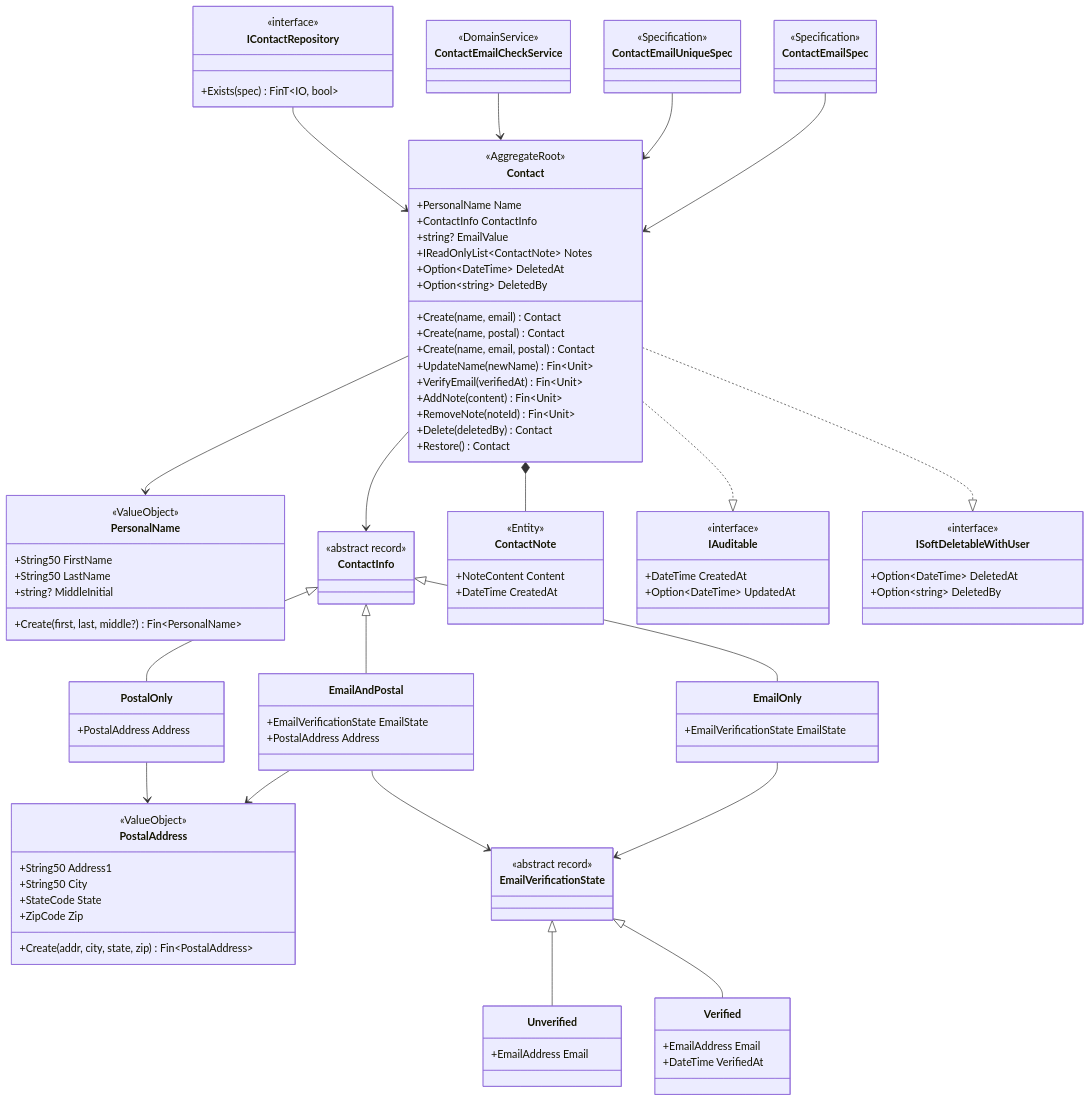
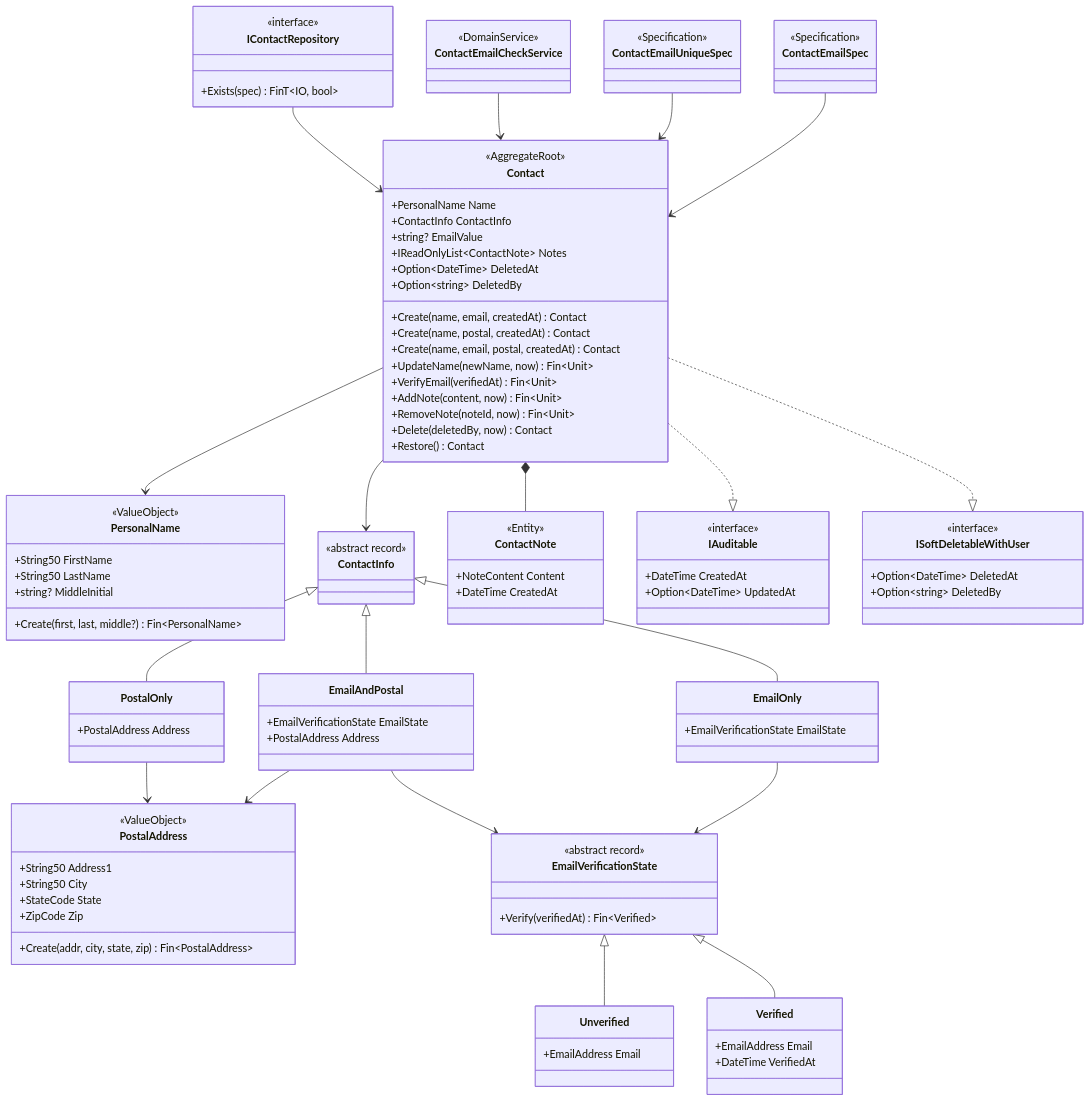
The diagram in Docs.Site/src/content/docs/tutorials/designing-with-types/Part4-Conclusion/06-DDD-Contact-Ext/index.md (hhko/Functorium), drawn with Mermaid before and after one commit. The commit also changed other lines of this file and 12 other files, not shown here.

```diff
--- a/Docs.Site/src/content/docs/tutorials/designing-with-types/Part4-Conclusion/06-DDD-Contact-Ext/index.md
+++ b/Docs.Site/src/content/docs/tutorials/designing-with-types/Part4-Conclusion/06-DDD-Contact-Ext/index.md
@@ -287,14 +289,14 @@
         +IReadOnlyList~ContactNote~ Notes
         +Option~DateTime~ DeletedAt
         +Option~string~ DeletedBy
-        +Create(name, email) Contact
-        +Create(name, postal) Contact
-        +Create(name, email, postal) Contact
-        +UpdateName(newName) Fin~Unit~
+        +Create(name, email, createdAt) Contact
+        +Create(name, postal, createdAt) Contact
+        +Create(name, email, postal, createdAt) Contact
+        +UpdateName(newName, now) Fin~Unit~
         +VerifyEmail(verifiedAt) Fin~Unit~
-        +AddNote(content) Fin~Unit~
-        +RemoveNote(noteId) Fin~Unit~
-        +Delete(deletedBy) Contact
+        +AddNote(content, now) Fin~Unit~
+        +RemoveNote(noteId, now) Fin~Unit~
+        +Delete(deletedBy, now) Contact
         +Restore() Contact
     }
 
@@ -331,6 +333,7 @@
 
     class EmailVerificationState {
         <<abstract record>>
+        +Verify(verifiedAt) Fin~Verified~
     }
     class Unverified {
         +EmailAddress Email
```
